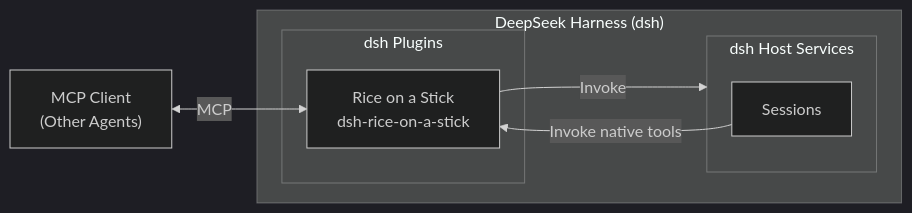
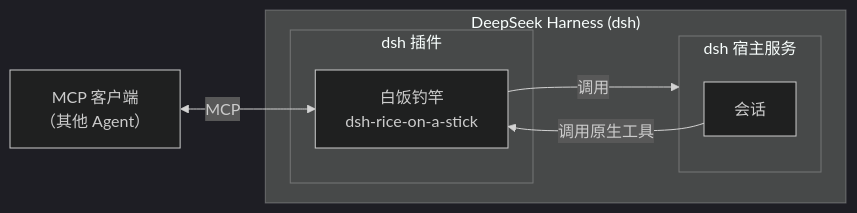
One commit to Leawind/dsh-rice-on-a-stick changed the diagram in README.md. Above: the diagram before and after it, drawn with Mermaid (dark theme). The commit also changed other lines of this file and 3 other files, not shown here.

````diff
--- a/README.md
+++ b/README.md
@@ -16,17 +16,17 @@
 ```mermaid
 flowchart LR
-    mcpClient["MCP Client<br>(Other Agents)"]
+    mcpClient["MCP 客户端<br>（其他 Agent）"]
 
     subgraph dsh["DeepSeek Harness (dsh)"]
-        subgraph plugins["dsh Plugins"]
-          plugin["Rice on a Stick<br>dsh-rice-on-a-stick"]
+        subgraph plugins["dsh 插件"]
+          plugin["白饭钓竿<br>dsh-rice-on-a-stick"]
         end
-        subgraph hostServices["dsh Host Services"]
-            sessions["Sessions"]
+        subgraph hostServices["dsh 宿主服务"]
+            sessions["会话"]
         end
     end
 
     mcpClient <-->|"MCP"| plugin
-    plugin -->|"Invoke"| hostServices
-    sessions -->|"Invoke native tools"| plugin
+    plugin -->|"调用"| hostServices
+    sessions -->|"调用原生工具"| plugin
 ```
````
